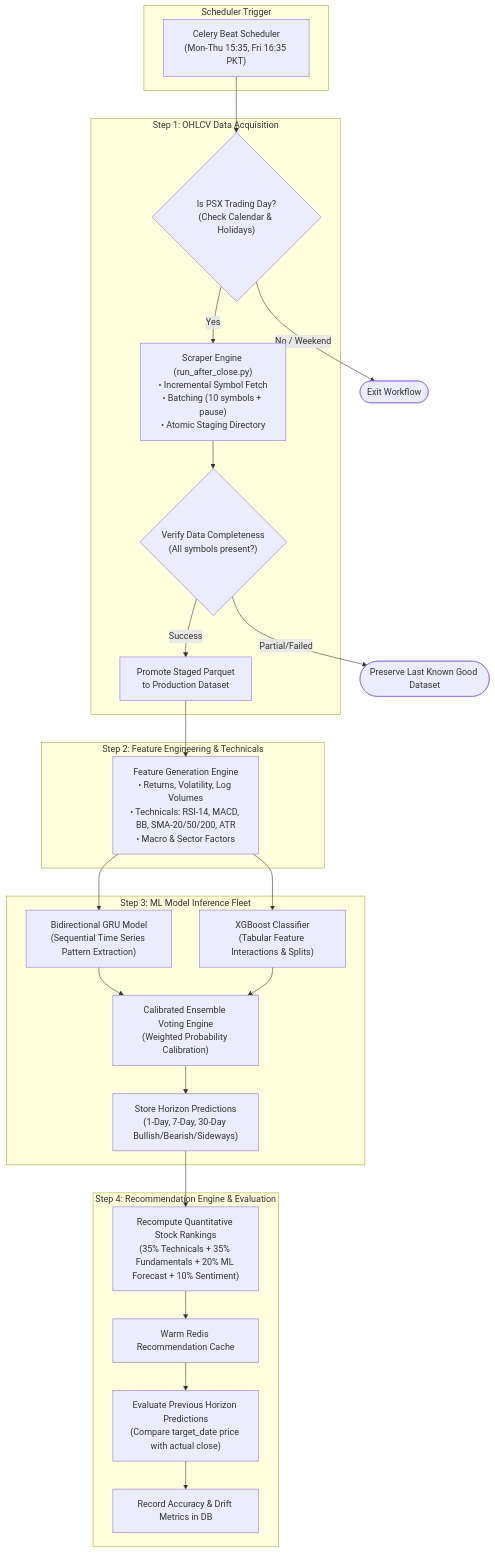
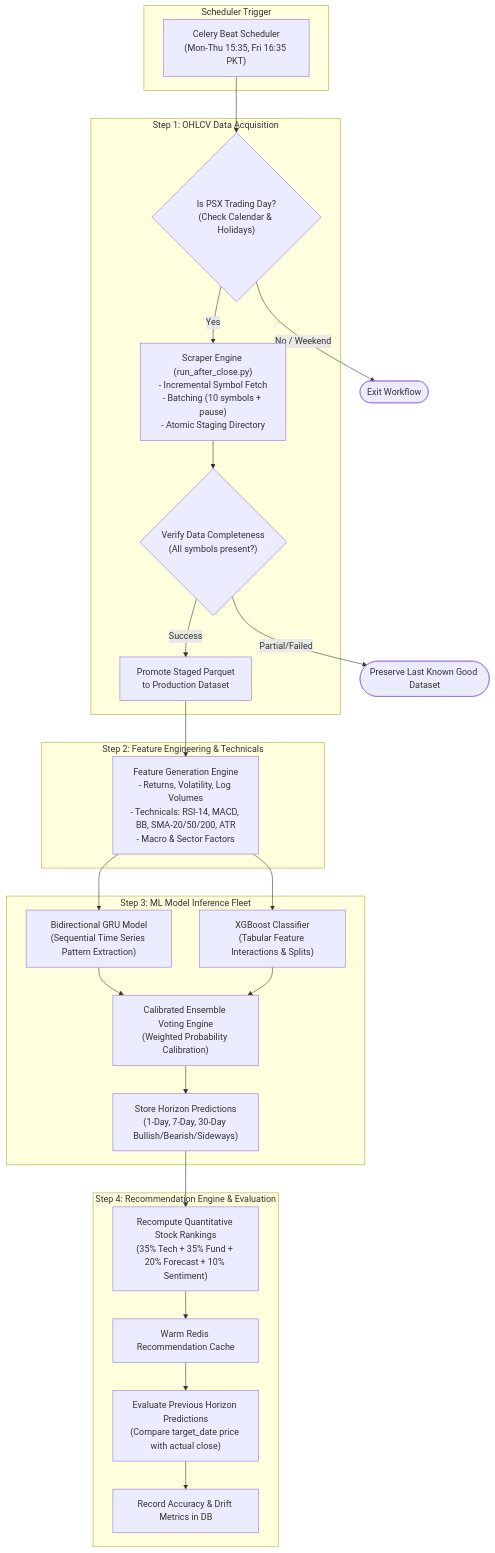
Before and after one commit to iahmedd-k/Basarat-fyp-official: the sixth of 8 diagrams in docs/02-architecture/system-architecture.md, drawn with Mermaid. The commit also changed other lines of this file and 8 other files, not shown here.

Commit message:
docs: fix mermaid diagrams across README and documentation suite

````diff
--- a/docs/02-architecture/system-architecture.md
+++ b/docs/02-architecture/system-architecture.md
@@ -290,46 +310,48 @@
 ```mermaid
 flowchart TD
     subgraph Trigger ["Scheduler Trigger"]
         BEAT["Celery Beat Scheduler<br/>(Mon-Thu 15:35, Fri 16:35 PKT)"]
     end
 
     subgraph Step1 ["Step 1: OHLCV Data Acquisition"]
         CHECK_HOLIDAY{"Is PSX Trading Day?<br/>(Check Calendar & Holidays)"}
-        SCRAPER["Scraper Engine (run_after_close.py)<br/>• Incremental Symbol Fetch<br/>• Batching (10 symbols + pause)<br/>• Atomic Staging Directory"]
+        SCRAPER["Scraper Engine (run_after_close.py)<br/>- Incremental Symbol Fetch<br/>- Batching (10 symbols + pause)<br/>- Atomic Staging Directory"]
         VERIFY{"Verify Data Completeness<br/>(All symbols present?)"}
         PROMOTE["Promote Staged Parquet<br/>to Production Dataset"]
     end
 
     subgraph Step2 ["Step 2: Feature Engineering & Technicals"]
-        FE["Feature Generation Engine<br/>• Returns, Volatility, Log Volumes<br/>• Technicals: RSI-14, MACD, BB, SMA-20/50/200, ATR<br/>• Macro & Sector Factors"]
+        FE["Feature Generation Engine<br/>- Returns, Volatility, Log Volumes<br/>- Technicals: RSI-14, MACD, BB, SMA-20/50/200, ATR<br/>- Macro & Sector Factors"]
     end
 
     subgraph Step3 ["Step 3: ML Model Inference Fleet"]
         GRU["Bidirectional GRU Model<br/>(Sequential Time Series Pattern Extraction)"]
         XGB["XGBoost Classifier<br/>(Tabular Feature Interactions & Splits)"]
         ENSEMBLE["Calibrated Ensemble Voting Engine<br/>(Weighted Probability Calibration)"]
         PRED_STORE["Store Horizon Predictions<br/>(1-Day, 7-Day, 30-Day Bullish/Bearish/Sideways)"]
     end
 
     subgraph Step4 ["Step 4: Recommendation Engine & Evaluation"]
-        RECS["Recompute Quantitative Stock Rankings<br/>(35% Technicals + 35% Fundamentals + 20% ML Forecast + 10% Sentiment)"]
+        RECS["Recompute Quantitative Stock Rankings<br/>(35% Tech + 35% Fund + 20% Forecast + 10% Sentiment)"]
         CACHE_RECS["Warm Redis Recommendation Cache"]
         EVAL["Evaluate Previous Horizon Predictions<br/>(Compare target_date price with actual close)"]
         STORE_EVAL["Record Accuracy & Drift Metrics in DB"]
     end
 
     BEAT --> CHECK_HOLIDAY
     CHECK_HOLIDAY -->|Yes| SCRAPER
     CHECK_HOLIDAY -->|No / Weekend| END_TASK([Exit Workflow])
     SCRAPER --> VERIFY
     VERIFY -->|Success| PROMOTE
     VERIFY -->|Partial/Failed| PRESERVE([Preserve Last Known Good Dataset])
     PROMOTE --> FE
-    FE --> GRU & XGB
-    GRU & XGB --> ENSEMBLE
+    FE --> GRU
+    FE --> XGB
+    GRU --> ENSEMBLE
+    XGB --> ENSEMBLE
     ENSEMBLE --> PRED_STORE
     PRED_STORE --> RECS
     RECS --> CACHE_RECS
     CACHE_RECS --> EVAL
     EVAL --> STORE_EVAL
 ```
````
